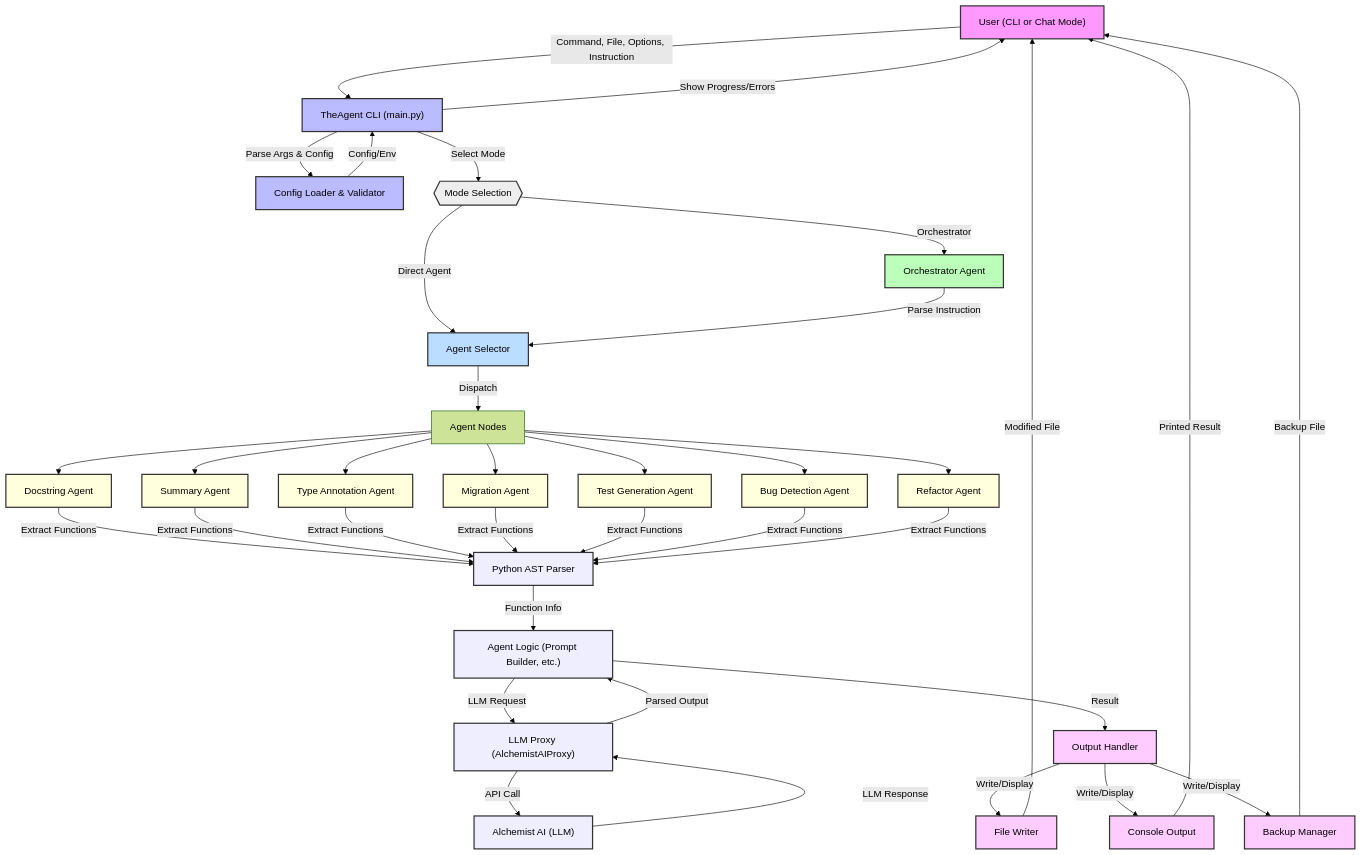
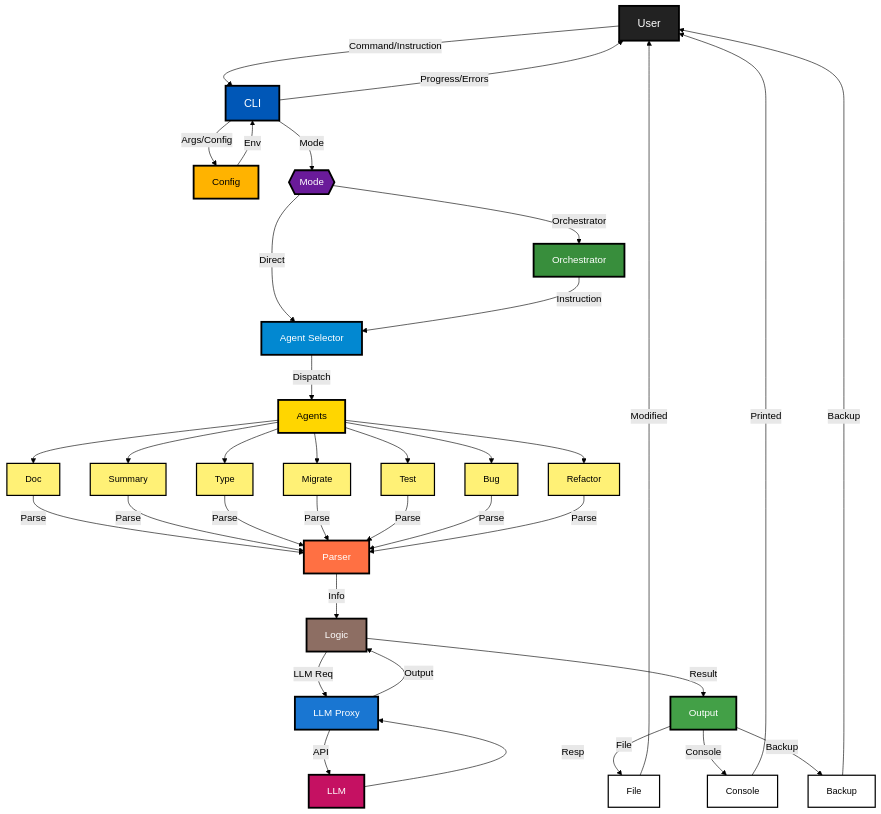
Before and after one commit to haroon0x/TheAgent: the diagram in README.md, drawn with Mermaid (forest theme). The commit also changed other lines of this file, not shown here.

Commit message:
update diagram visibility

````diff
--- a/README.md
+++ b/README.md
@@ -17,40 +17,40 @@
 ```mermaid
 flowchart TD
-    U["User (CLI or Chat Mode)"]
-    CLI["TheAgent CLI (main.py)"]
-    Config["Config Loader & Validator"]
-    ModeSwitch{{"Mode Selection"}}
-    Orchestrator["Orchestrator Agent"]
+    U["User"]
+    CLI["CLI"]
+    Config["Config"]
+    ModeSwitch{{"Mode"}}
+    Orchestrator["Orchestrator"]
     AgentSelector["Agent Selector"]
-    AgentNodes["Agent Nodes"]
-    DocNode["Docstring Agent"]
-    SummaryNode["Summary Agent"]
-    TypeNode["Type Annotation Agent"]
-    MigrationNode["Migration Agent"]
-    TestNode["Test Generation Agent"]
-    BugNode["Bug Detection Agent"]
-    RefactorNode["Refactor Agent"]
-    Parser["Python AST Parser"]
-    AgentLogic["Agent Logic (Prompt Builder, etc.)"]
-    LLMProxy["LLM Proxy (AlchemistAIProxy)"]
-    LLM["Alchemist AI (LLM)"]
-    OutputHandler["Output Handler"]
-    FileWriter["File Writer"]
-    Console["Console Output"]
-    Backup["Backup Manager"]
+    AgentNodes["Agents"]
+    DocNode["Doc"]
+    SummaryNode["Summary"]
+    TypeNode["Type"]
+    MigrationNode["Migrate"]
+    TestNode["Test"]
+    BugNode["Bug"]
+    RefactorNode["Refactor"]
+    Parser["Parser"]
+    AgentLogic["Logic"]
+    LLMProxy["LLM Proxy"]
+    LLM["LLM"]
+    OutputHandler["Output"]
+    FileWriter["File"]
+    Console["Console"]
+    Backup["Backup"]
 
     %% User interaction
-    U -->|Command, File, Options, Instruction| CLI
-    CLI -->|Parse Args & Config| Config
-    CLI -->|Select Mode| ModeSwitch
-    CLI -->|Show Progress/Errors| U
-    Config -->|Config/Env| CLI
+    U -->|"Command/Instruction"| CLI
+    CLI -->|"Args/Config"| Config
+    CLI -->|"Mode"| ModeSwitch
+    CLI -->|"Progress/Errors"| U
+    Config -->|"Env"| CLI
 
     %% Mode selection
     ModeSwitch -- "Orchestrator" --> Orchestrator
-    ModeSwitch -- "Direct Agent" --> AgentSelector
-    Orchestrator -->|Parse Instruction| AgentSelector
-    AgentSelector -->|Dispatch| AgentNodes
+    ModeSwitch -- "Direct" --> AgentSelector
+    Orchestrator -->|"Instruction"| AgentSelector
+    AgentSelector -->|"Dispatch"| AgentNodes
 
     %% Agent nodes
     AgentNodes --> DocNode
@@ -62,46 +62,61 @@
     AgentNodes --> RefactorNode
 
     %% Agent workflow
-    DocNode -->|Extract Functions| Parser
-    SummaryNode -->|Extract Functions| Parser
-    TypeNode -->|Extract Functions| Parser
-    MigrationNode -->|Extract Functions| Parser
-    TestNode -->|Extract Functions| Parser
-    BugNode -->|Extract Functions| Parser
-    RefactorNode -->|Extract Functions| Parser
+    DocNode -->|"Parse"| Parser
+    SummaryNode -->|"Parse"| Parser
+    TypeNode -->|"Parse"| Parser
+    MigrationNode -->|"Parse"| Parser
+    TestNode -->|"Parse"| Parser
+    BugNode -->|"Parse"| Parser
+    RefactorNode -->|"Parse"| Parser
 
-    Parser -->|Function Info| AgentLogic
-    AgentLogic -->|LLM Request| LLMProxy
-    LLMProxy -->|API Call| LLM
-    LLM -->|LLM Response| LLMProxy
-    LLMProxy -->|Parsed Output| AgentLogic
-    AgentLogic -->|Result| OutputHandler
+    Parser -->|"Info"| AgentLogic
+    AgentLogic -->|"LLM Req"| LLMProxy
+    LLMProxy -->|"API"| LLM
+    LLM -->|"Resp"| LLMProxy
+    LLMProxy -->|"Output"| AgentLogic
+    AgentLogic -->|"Result"| OutputHandler
 
     %% Output
-    OutputHandler -->|Write/Display| FileWriter
-    OutputHandler -->|Write/Display| Console
-    OutputHandler -->|Write/Display| Backup
-    FileWriter -->|Modified File| U
-    Console -->|Printed Result| U
-    Backup -->|Backup File| U
+    OutputHandler -->|"File"| FileWriter
+    OutputHandler -->|"Console"| Console
+    OutputHandler -->|"Backup"| Backup
+    FileWriter -->|"Modified"| U
+    Console -->|"Printed"| U
+    Backup -->|"Backup"| U
 
-    %% Styling
-    classDef agent fill:#ffd,stroke:#333,stroke-width:2;
+    %% Styling for visibility
+    classDef user fill:#222,color:#fff,stroke:#000,stroke-width:3,font-size:18px;
+    classDef cli fill:#0057b7,color:#fff,stroke:#000,stroke-width:3,font-size:18px;
+    classDef config fill:#ffb300,color:#000,stroke:#000,stroke-width:3,font-size:16px;
+    classDef mode fill:#6a1b9a,color:#fff,stroke:#000,stroke-width:3,font-size:16px;
+    classDef orchestrator fill:#388e3c,color:#fff,stroke:#000,stroke-width:3,font-size:16px;
+    classDef selector fill:#0288d1,color:#fff,stroke:#000,stroke-width:3,font-size:16px;
+    classDef agents fill:#ffd600,color:#000,stroke:#000,stroke-width:3,font-size:16px;
+    classDef agent fill:#fff176,color:#000,stroke:#000,stroke-width:2,font-size:15px;
+    classDef parser fill:#ff7043,color:#fff,stroke:#000,stroke-width:3,font-size:16px;
+    classDef logic fill:#8d6e63,color:#fff,stroke:#000,stroke-width:3,font-size:16px;
+    classDef llmproxy fill:#1976d2,color:#fff,stroke:#000,stroke-width:3,font-size:16px;
+    classDef llm fill:#c51162,color:#fff,stroke:#000,stroke-width:3,font-size:16px;
+    classDef output fill:#43a047,color:#fff,stroke:#000,stroke-width:3,font-size:16px;
+    classDef file fill:#fff,color:#000,stroke:#000,stroke-width:2,font-size:15px;
+    classDef console fill:#fff,color:#000,stroke:#000,stroke-width:2,font-size:15px;
+    classDef backup fill:#fff,color:#000,stroke:#000,stroke-width:2,font-size:15px;
+
+    class U user;
+    class CLI cli;
+    class Config config;
+    class ModeSwitch mode;
+    class Orchestrator orchestrator;
+    class AgentSelector selector;
+    class AgentNodes agents;
     class DocNode,SummaryNode,TypeNode,MigrationNode,TestNode,BugNode,RefactorNode agent;
-    classDef output fill:#fcf,stroke:#333,stroke-width:2;
-    class FileWriter,Console,Backup,OutputHandler output;
-    classDef llm fill:#eef,stroke:#333,stroke-width:2;
-    class LLMProxy,LLM llm;
-    classDef logic fill:#eef,stroke:#333,stroke-width:2;
-    class AgentLogic,Parser logic;
-    classDef infra fill:#bbf,stroke:#333,stroke-width:2;
-    class CLI,Config infra;
-    classDef user fill:#f9f,stroke:#333,stroke-width:2;
-    class U user;
-    classDef selector fill:#bdf,stroke:#333,stroke-width:2;
-    class AgentSelector selector;
-    classDef orchestrator fill:#bfb,stroke:#333,stroke-width:2;
-    class Orchestrator orchestrator;
-    classDef mode fill:#eee,stroke:#333,stroke-width:2;
-    class ModeSwitch mode;
+    class Parser parser;
+    class AgentLogic logic;
+    class LLMProxy llmproxy;
+    class LLM llm;
+    class OutputHandler output;
+    class FileWriter file;
+    class Console console;
+    class Backup backup;
 ```
````
